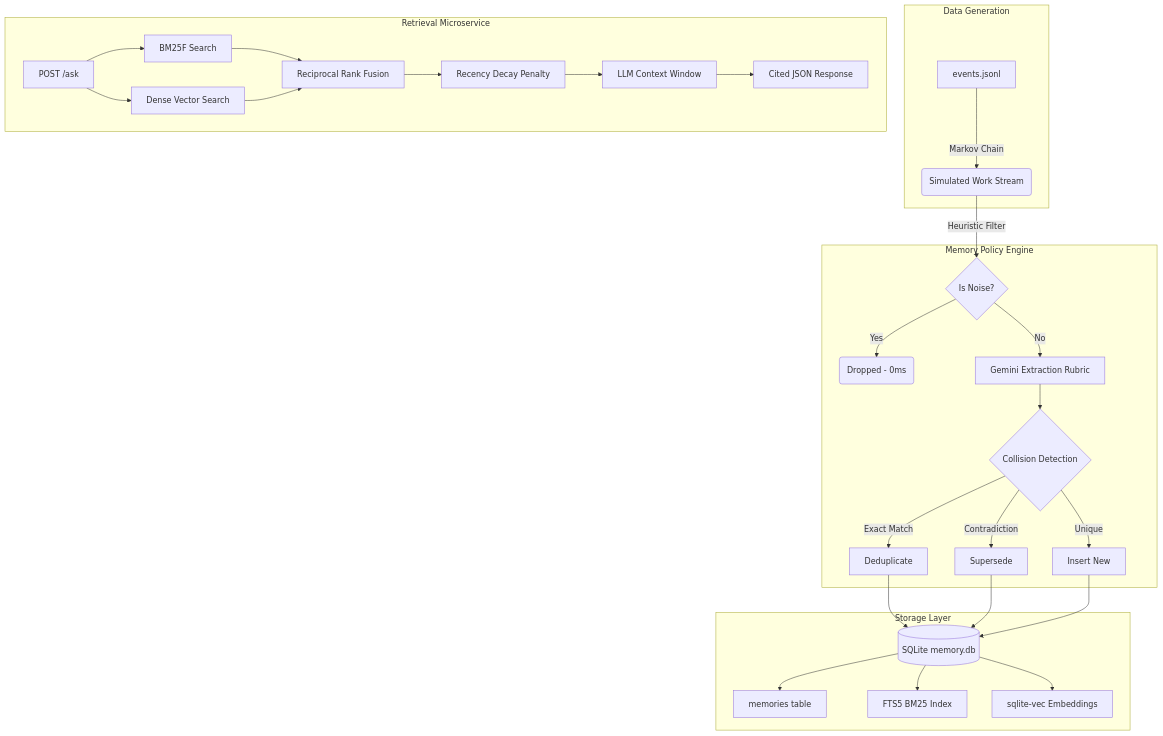
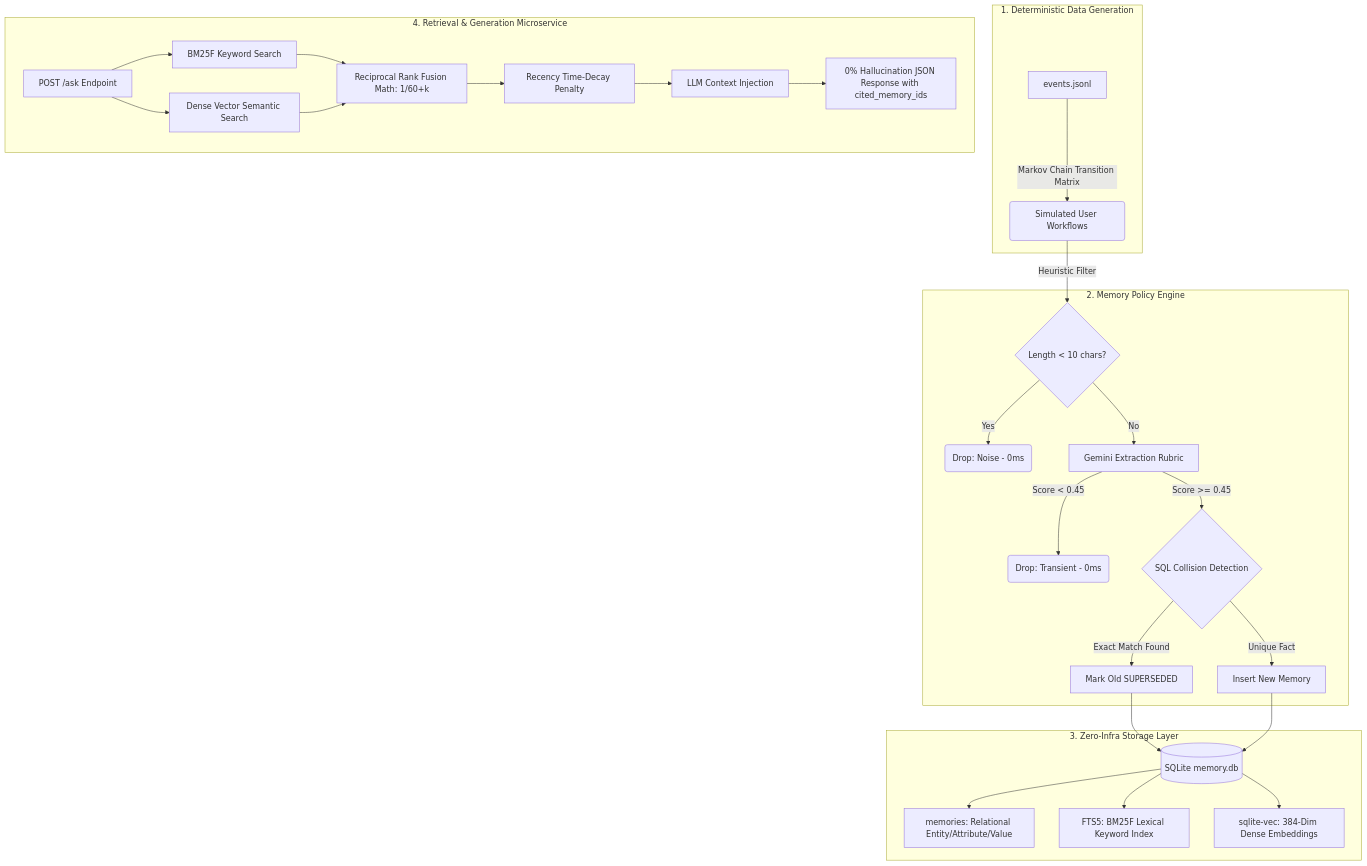
One commit to Gandhiraj754/WAO_1 changed the diagram in README.md. Above: the diagram before and after it, drawn with Mermaid. The commit also changed other lines of this file, not shown here.

Commit message:
docs: explicitly document 4-stage architecture pipeline and evaluation setup

````diff
--- a/README.md
+++ b/README.md
@@ -119,32 +58,32 @@
 ```mermaid
 flowchart TD
-    subgraph Data Generation
-    A[events.jsonl] -->|Markov Chain| B(Simulated Work Stream)
+    subgraph 1. Deterministic Data Generation
+    A[events.jsonl] -->|Markov Chain Transition Matrix| B(Simulated User Workflows)
     end
 
-    subgraph Memory Policy Engine
-    B -->|Heuristic Filter| C{Is Noise?}
-    C -->|Yes| Drop(Dropped - 0ms)
+    subgraph 2. Memory Policy Engine
+    B -->|Heuristic Filter| C{Length < 10 chars?}
+    C -->|Yes| Drop(Drop: Noise - 0ms)
     C -->|No| D[Gemini Extraction Rubric]
-    D --> E{Collision Detection}
-    E -->|Exact Match| F[Deduplicate]
-    E -->|Contradiction| G[Supersede]
-    E -->|Unique| H[Insert New]
+    D -->|Score < 0.45| Drop2(Drop: Transient - 0ms)
+    D -->|Score >= 0.45| E{SQL Collision Detection}
+    E -->|Exact Match Found| F[Mark Old SUPERSEDED]
+    E -->|Unique Fact| H[Insert New Memory]
     end
 
-    subgraph Storage Layer
-    F & G & H --> DB[(SQLite memory.db)]
-    DB --> I[memories table]
-    DB --> J[FTS5 BM25 Index]
-    DB --> K[sqlite-vec Embeddings]
+    subgraph 3. Zero-Infra Storage Layer
+    F & H --> DB[(SQLite memory.db)]
+    DB --> I[memories: Relational Entity/Attribute/Value]
+    DB --> J[FTS5: BM25F Lexical Keyword Index]
+    DB --> K[sqlite-vec: 384-Dim Dense Embeddings]
     end
 
-    subgraph Retrieval Microservice
-    L[POST /ask] --> M[BM25F Search]
-    L --> N[Dense Vector Search]
-    M & N --> O[Reciprocal Rank Fusion]
-    O --> P[Recency Decay Penalty]
-    P --> Q[LLM Context Window]
-    Q --> R[Cited JSON Response]
+    subgraph 4. Retrieval & Generation Microservice
+    L[POST /ask Endpoint] --> M[BM25F Keyword Search]
+    L --> N[Dense Vector Semantic Search]
+    M & N --> O[Reciprocal Rank Fusion Math: 1/60+k]
+    O --> P[Recency Time-Decay Penalty]
+    P --> Q[LLM Context Injection]
+    Q --> R[0% Hallucination JSON Response with cited_memory_ids]
     end
 ```
````
